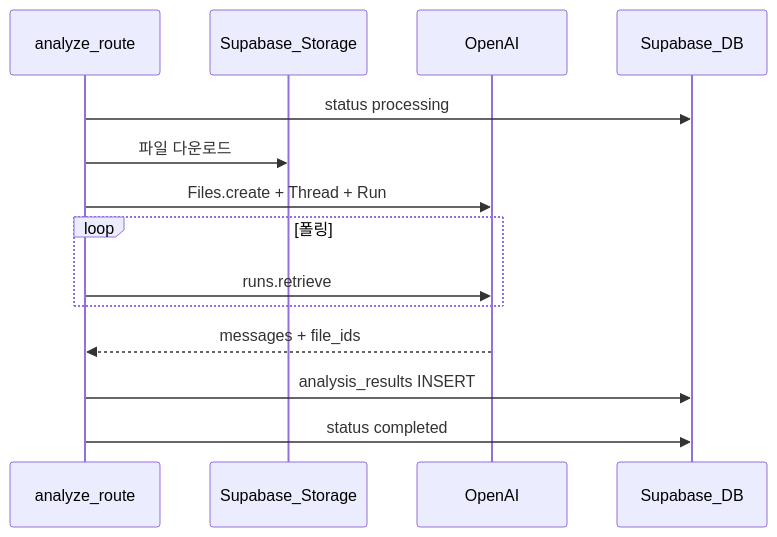
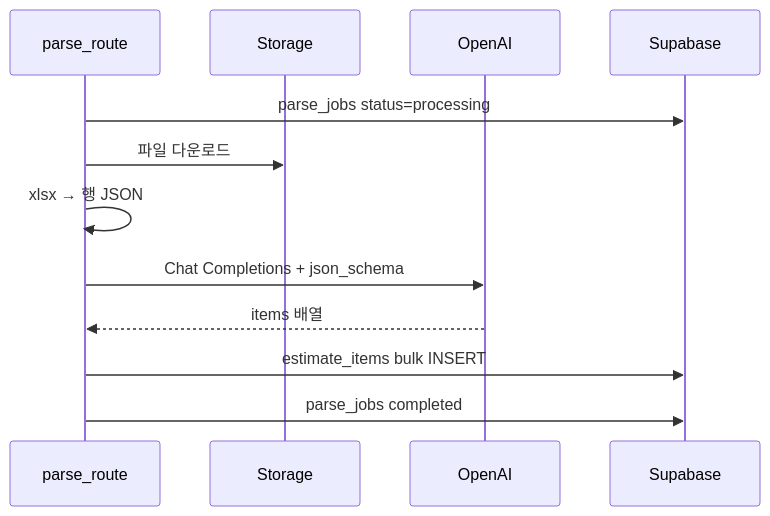
Before and after one commit to DevCoreDXI76/excel-analysis: the second of 2 diagrams in docs/03_development_plan.md, drawn with Mermaid. The commit also changed other lines of this file and 41 other files, not shown here.

````diff
--- a/docs/03_development_plan.md
+++ b/docs/03_development_plan.md
@@ -225,17 +147,15 @@
 ```mermaid
 sequenceDiagram
-  participant API as analyze_route
-  participant ST as Supabase_Storage
+  participant API as parse_route
+  participant ST as Storage
   participant OAI as OpenAI
-  participant DB as Supabase_DB
+  participant DB as Supabase
 
-  API->>DB: status processing
+  API->>DB: parse_jobs status=processing
   API->>ST: 파일 다운로드
-  API->>OAI: Files.create + Thread + Run
-  loop 폴링
-    API->>OAI: runs.retrieve
-  end
-  OAI-->>API: messages + file_ids
-  API->>DB: analysis_results INSERT
-  API->>DB: status completed
+  API->>API: xlsx → 행 JSON
+  API->>OAI: Chat Completions + json_schema
+  OAI-->>API: items 배열
+  API->>DB: estimate_items bulk INSERT
+  API->>DB: parse_jobs completed
 ```
````
